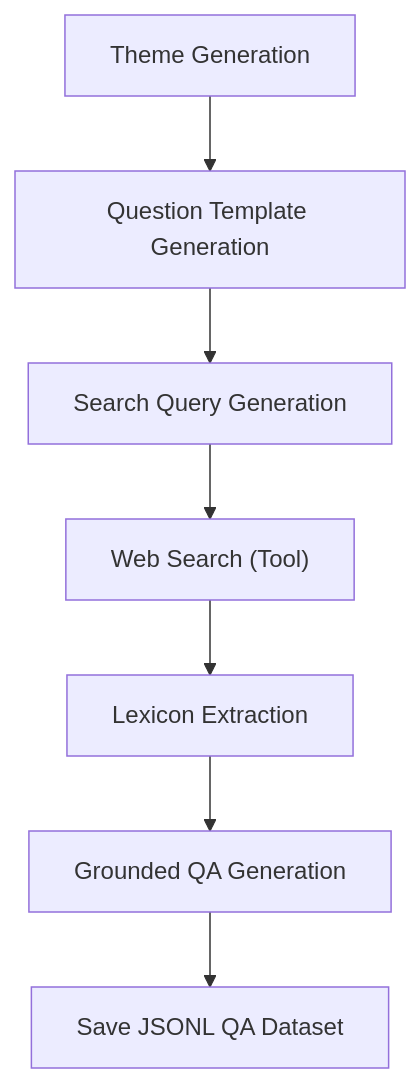
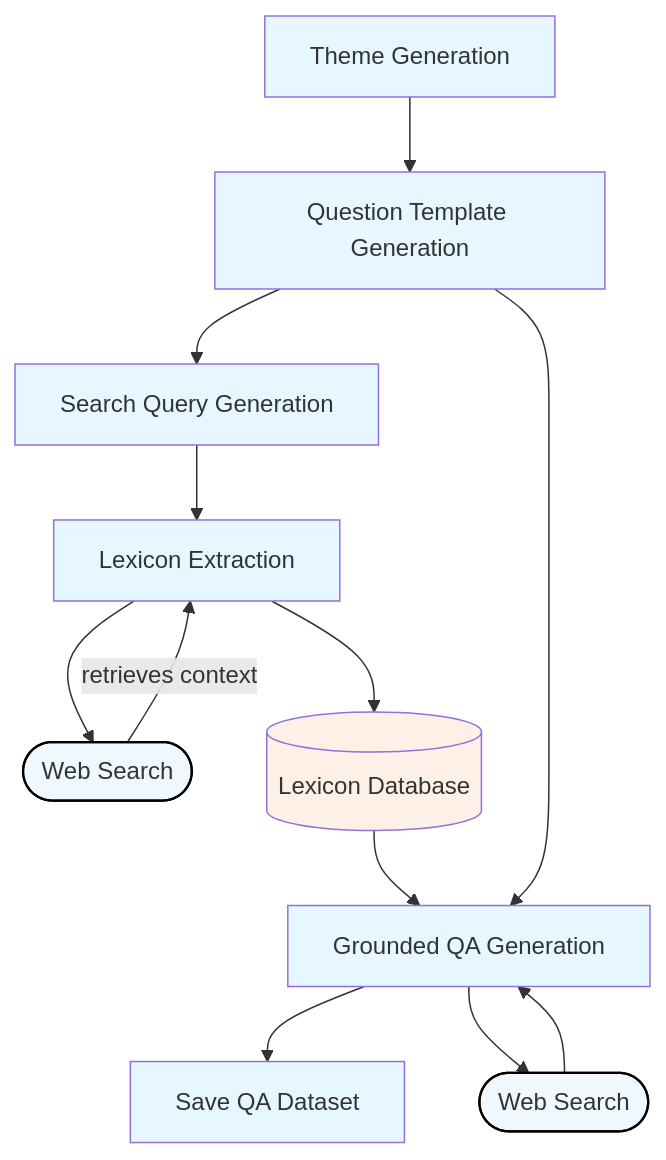
One commit to keeve101/sutd-qa-chatbot changed the diagram in README.md. Above: the diagram before and after it, drawn with Mermaid. The commit also changed other lines of this file, not shown here.

````diff
--- a/README.md
+++ b/README.md
@@ -209,9 +18,55 @@
 ```mermaid
-graph TD
-  A[Theme Generation] --> B[Question Template Generation]
-  B --> C[Search Query Generation]
-  C --> D["Web Search (Tool)"]
-  D --> E[Lexicon Extraction]
-  E --> F[Grounded QA Generation]
-  F --> G[Save JSONL QA Dataset]
+flowchart TD
+  A[Theme Generation] --> B
+
+  B[Question Template Generation] --> C
+
+  C[Search Query Generation] --> E
+
+  E[Lexicon Extraction] --> D
+  
+  E --> F
+
+  F[(Lexicon Database)] --> G
+
+  B --> G
+
+  G[Grounded QA Generation] --> H
+
+  H[Save QA Dataset]
+
+
+
+  %% External node for web search
+
+  D([Web Search])
+
+  D --retrieves context--> E
+
+  Z([Web Search])
+
+  Z --> G 
+
+  G --> Z
+
+
+  %% Style tweaks
+
+  style D fill:#f0f8ff,stroke:#000,stroke-width:1.5px
+
+  style Z fill:#f0f8ff,stroke:#000,stroke-width:1.5px
+
+  style A fill:#e6f7ff
+
+  style B fill:#e6f7ff
+
+  style C fill:#e6f7ff
+
+  style E fill:#e6f7ff
+
+  style F fill:#fdf0e6
+
+  style G fill:#e6f7ff
+
+  style H fill:#e6f7ff
 ```
````
